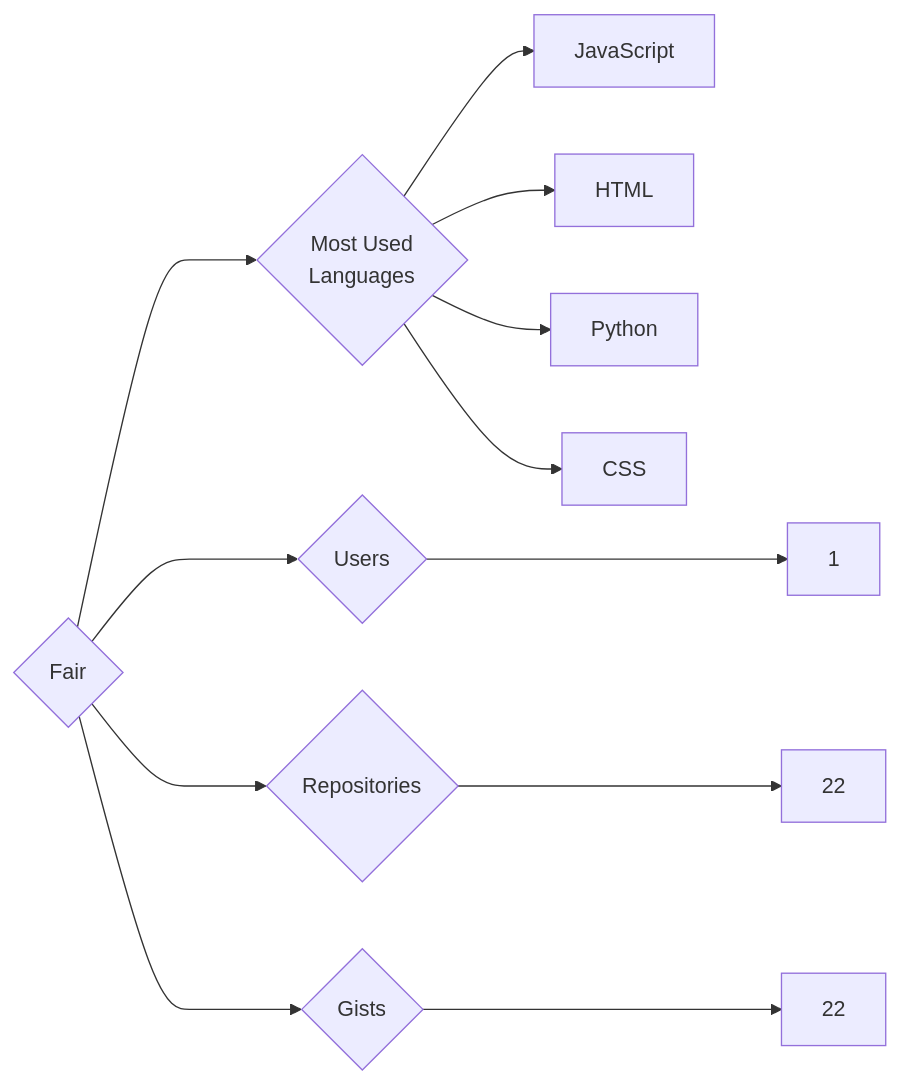
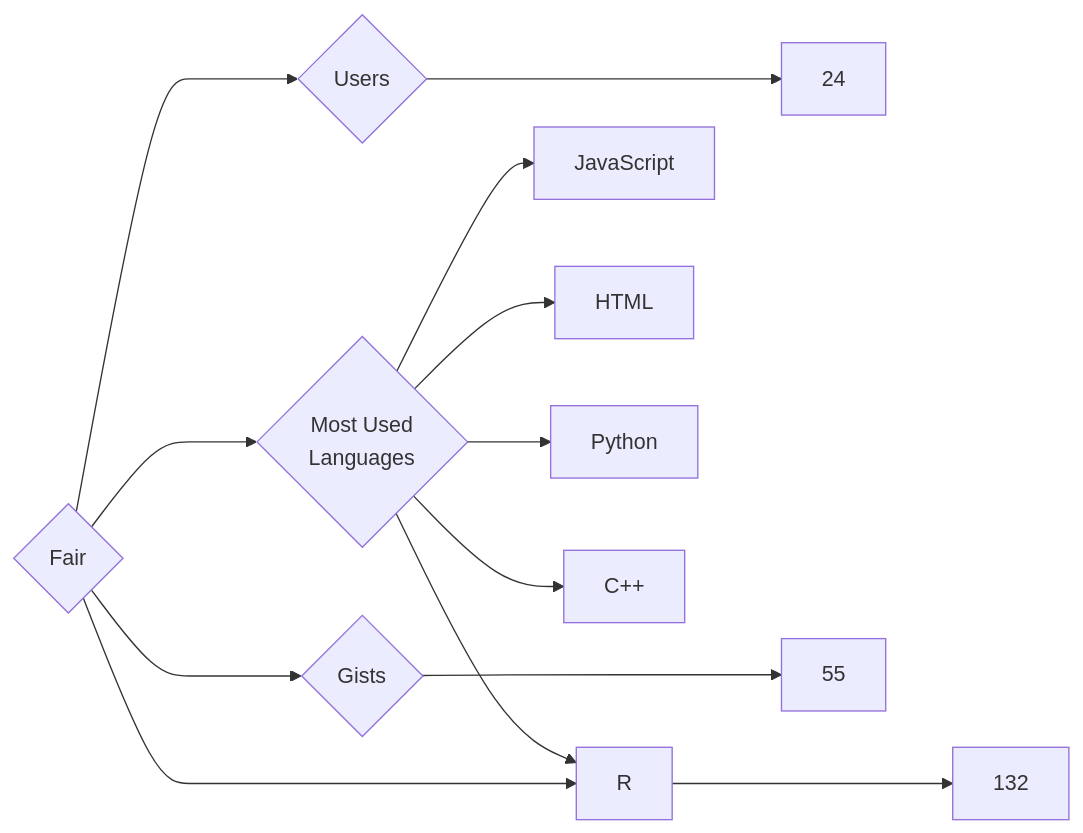
The diagram in targets/Fair/README.md (trickest/insiders), drawn with Mermaid before and after one commit. The commit also changed 1084 other files, not shown here.

````diff
--- a/targets/Fair/README.md
+++ b/targets/Fair/README.md
@@ -3,12 +3,13 @@
 ```mermaid
 graph LR
 COMPANY_NAME{Fair}
-COMPANY_NAME ---> U{Users} ---> UN[1]
-COMPANY_NAME ---> R{Repositories} ---> RN[22]
-COMPANY_NAME ---> G{Gists} ---> GN[22]
+COMPANY_NAME ---> U{Users} ---> UN[24]
+COMPANY_NAME ---> R{Repositories} ---> RN[132]
+COMPANY_NAME ---> G{Gists} ---> GN[55]
 COMPANY_NAME ---> ML{Most Used<br>Languages}
 ML --> JavaScript[JavaScript]
 ML --> HTML[HTML]
 ML --> Python[Python]
-ML --> CSS[CSS]
+ML --> R[R]
+ML --> C++[C++]
 ```
````
